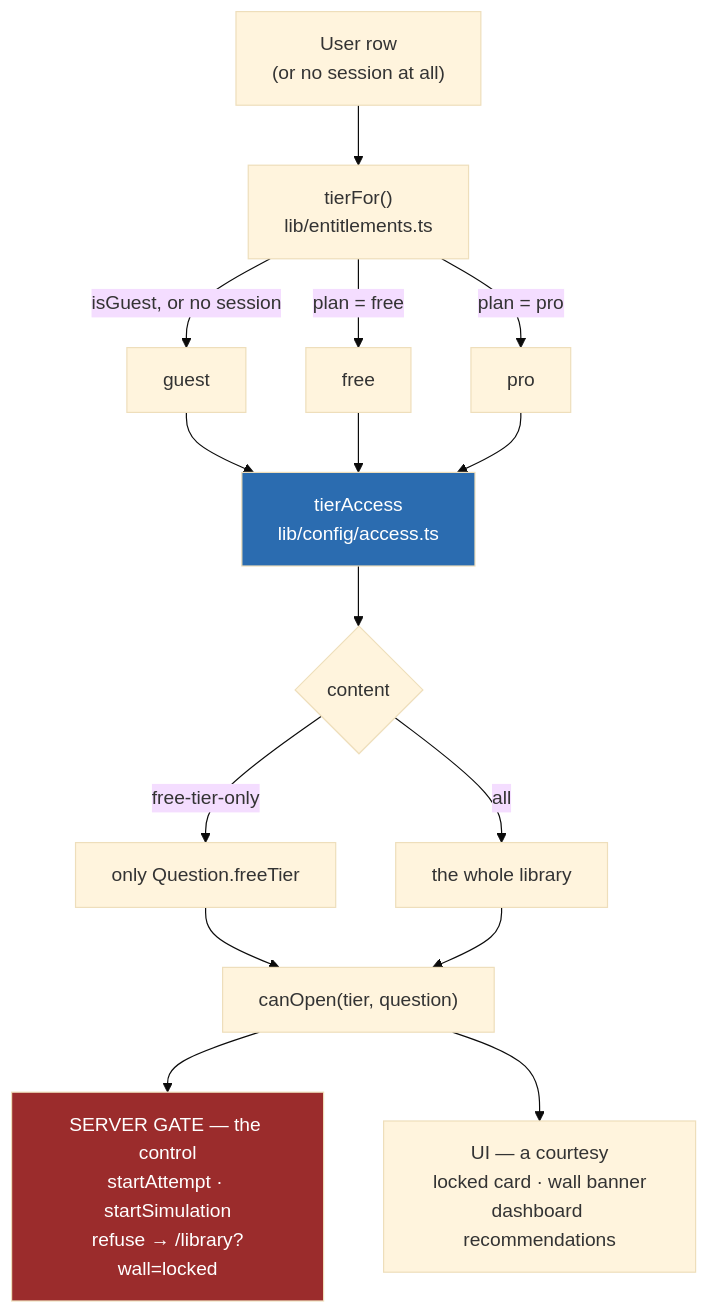
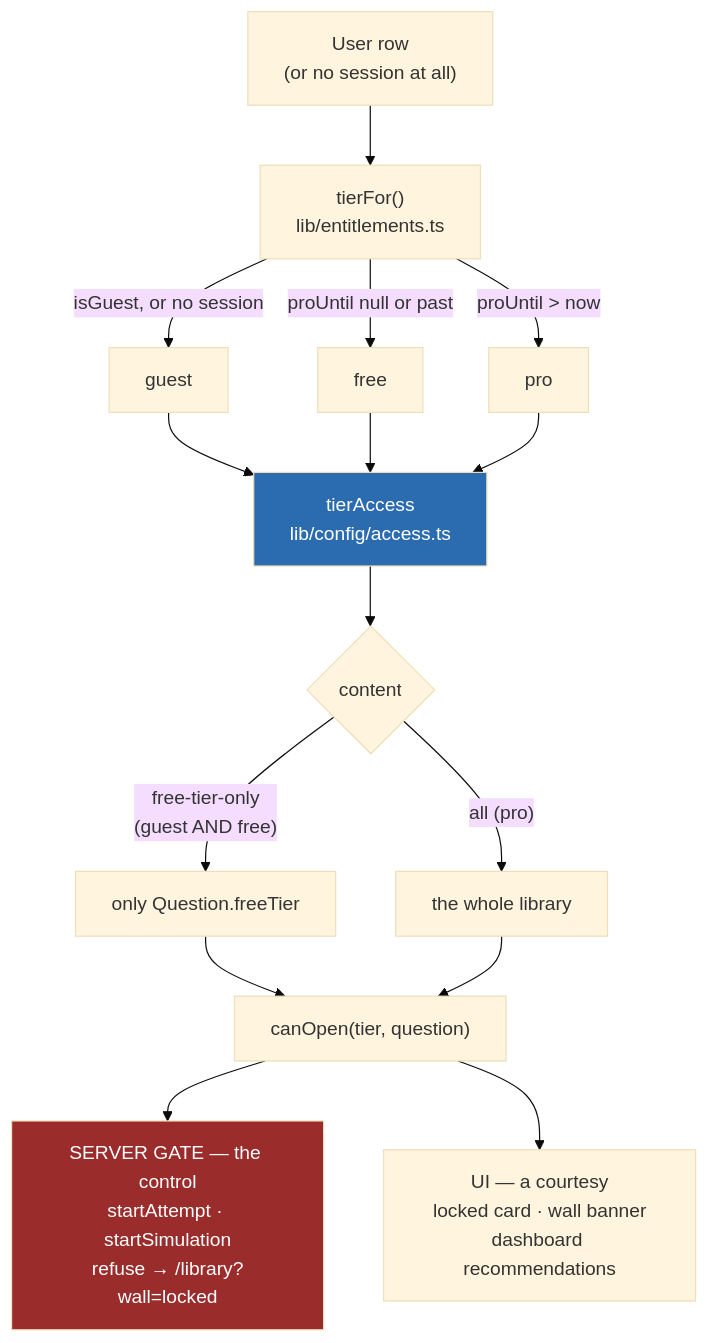
One commit to pr4t3ek/FAKEcases changed the fifth of 10 diagrams in docs/ARCHITECTURE.md. Above: the diagram before and after it, drawn with Mermaid (base theme). The commit also changed other lines of this file and 15 other files, not shown here.

````diff
--- a/docs/ARCHITECTURE.md
+++ b/docs/ARCHITECTURE.md
@@ -341,20 +341,20 @@
 ```mermaid
 flowchart TB
     U["User row<br/>(or no session at all)"] --> T["tierFor()<br/>lib/entitlements.ts"]
     T -->|"isGuest, or no session"| G["guest"]
-    T -->|"plan = free"| F["free"]
-    T -->|"plan = pro"| P["pro"]
+    T -->|"proUntil null or past"| F["free"]
+    T -->|"proUntil > now"| P["pro"]
 
     G & F & P --> TA["tierAccess<br/>lib/config/access.ts"]
     TA --> C{"content"}
-    C -->|"free-tier-only"| Q1["only Question.freeTier"]
-    C -->|"all"| Q2["the whole library"]
+    C -->|"free-tier-only<br/>(guest AND free)"| Q1["only Question.freeTier"]
+    C -->|"all (pro)"| Q2["the whole library"]
 
     Q1 & Q2 --> CO["canOpen(tier, question)"]
 
     CO --> Gate["SERVER GATE — the control<br/>startAttempt · startSimulation<br/>refuse → /library?wall=locked"]
     CO --> UI["UI — a courtesy<br/>locked card · wall banner<br/>dashboard recommendations"]
 
     style Gate fill:#9b2c2c,color:#fff
     style TA fill:#2b6cb0,color:#fff
 ```
````
